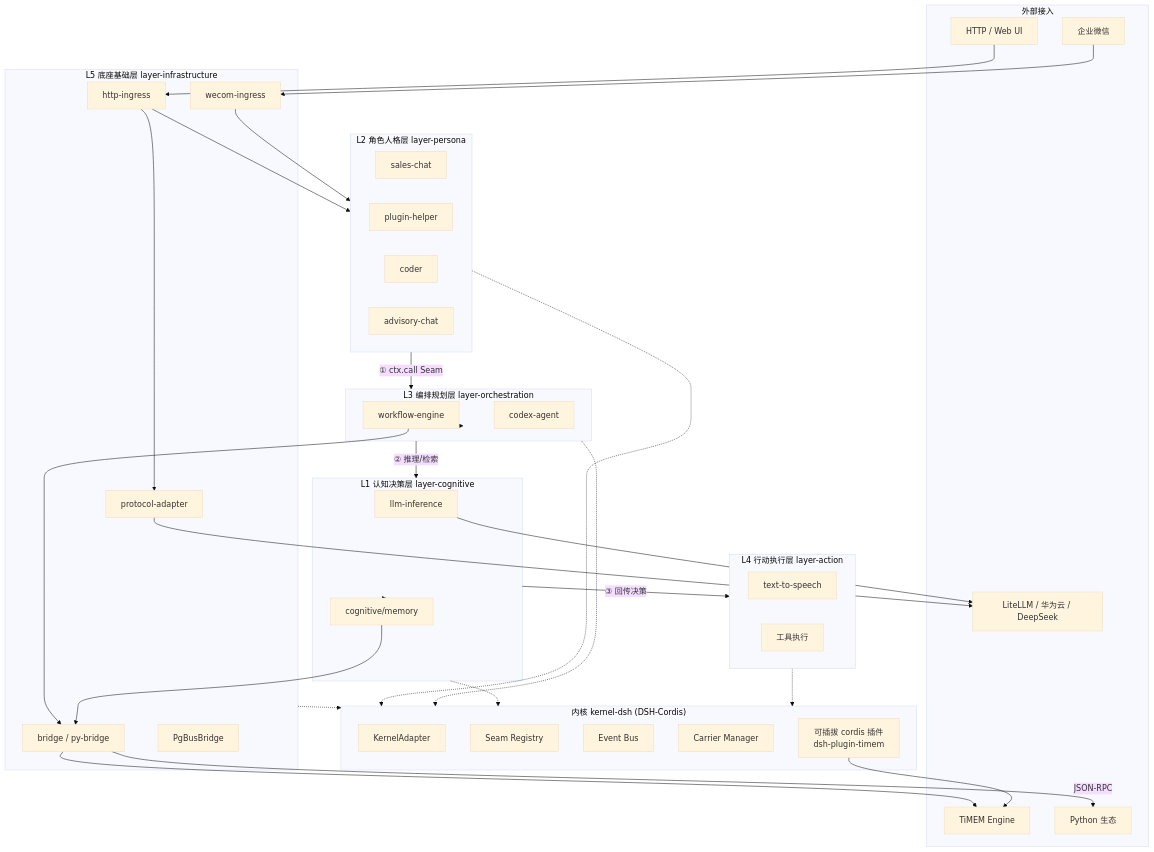
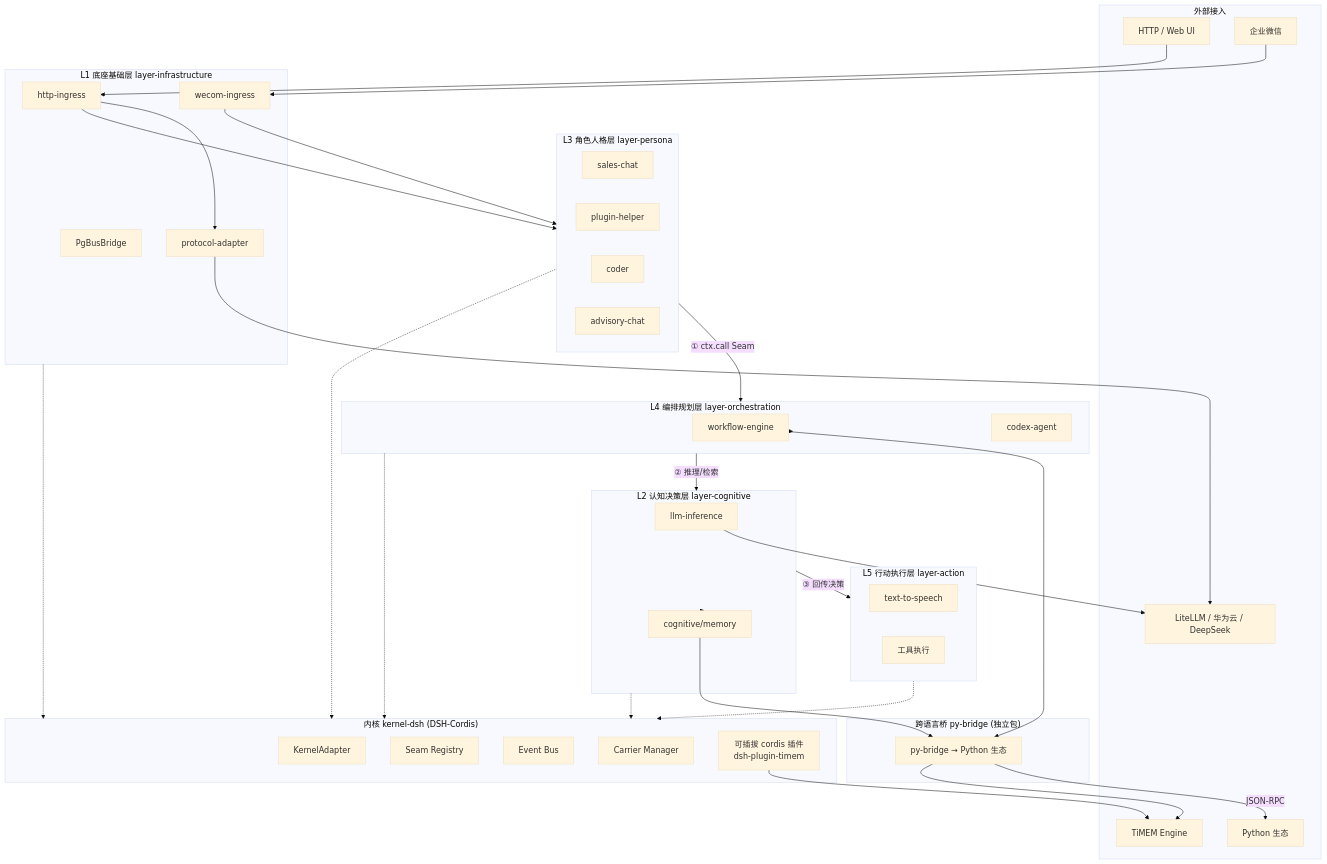
Before and after one commit to AIGility-Cloud-Innovation/aigility-harness: the diagram in README.md, drawn with Mermaid (base theme). The commit also changed other lines of this file and 44 other files, not shown here.

````diff
--- a/README.md
+++ b/README.md
@@ -72,73 +76,76 @@
 ```mermaid
 flowchart TB
     subgraph 外部["外部接入"]
         HTTP[HTTP / Web UI]
         WECOM[企业微信]
         LLM_API[LiteLLM / 华为云 / DeepSeek]
         TIMEM[TiMEM Engine]
         PY[Python 生态]
     end
 
     subgraph 内核["内核 kernel-dsh (DSH-Cordis)"]
         KA[KernelAdapter]
         SR[Seam Registry]
         EB[Event Bus]
         CM[Carrier Manager]
         CP[可插拔 cordis 插件<br/>dsh-plugin-timem]
     end
 
-    subgraph L5["L5 底座基础层 layer-infrastructure"]
+    subgraph L1["L1 底座基础层 layer-infrastructure"]
         ING[http-ingress]
         WEC[wecom-ingress]
         PA[protocol-adapter]
-        BR[bridge / py-bridge]
         PG[PgBusBridge]
     end
 
-    subgraph L2["L2 角色人格层 layer-persona"]
+    subgraph PYB["跨语言桥 py-bridge (独立包)"]
+        BR[py-bridge → Python 生态]
+    end
+
+    subgraph L3["L3 角色人格层 layer-persona"]
         SC[sales-chat]
         PH[plugin-helper]
         CD[coder]
         AC[advisory-chat]
     end
 
-    subgraph L3["L3 编排规划层 layer-orchestration"]
+    subgraph L4["L4 编排规划层 layer-orchestration"]
         WE[workflow-engine]
         CA[codex-agent]
     end
 
-    subgraph L1["L1 认知决策层 layer-cognitive"]
+    subgraph L2["L2 认知决策层 layer-cognitive"]
         LLM[llm-inference]
         MEM[cognitive/memory]
     end
 
-    subgraph L4["L4 行动执行层 layer-action"]
+    subgraph L5["L5 行动执行层 layer-action"]
         TTS[text-to-speech]
         TOOL[工具执行]
     end
 
     HTTP --> ING
     WECOM --> WEC
-    ING --> L2
-    WEC --> L2
+    ING --> L3
+    WEC --> L3
 
-    L2 -->|① ctx.call Seam| L3
-    L3 -->|② 推理/检索| L1
-    L1 -->|③ 回传决策| L4
-    L3 --> WE
+    L3 -->|① ctx.call Seam| L4
+    L4 -->|② 推理/检索| L2
+    L2 -->|③ 回传决策| L5
+    L4 --> WE
     WE --> BR
     BR -->|JSON-RPC| PY
-    L1 --> MEM
+    L2 --> MEM
     MEM --> BR
     BR --> TIMEM
     CP --> TIMEM
     LLM --> LLM_API
     PA --> LLM_API
     ING --> PA
 
+    L3 -.-> 内核
+    L4 -.-> 内核
     L2 -.-> 内核
-    L3 -.-> 内核
+    L5 -.-> 内核
     L1 -.-> 内核
-    L4 -.-> 内核
-    L5 -.-> 内核
 ```
````
